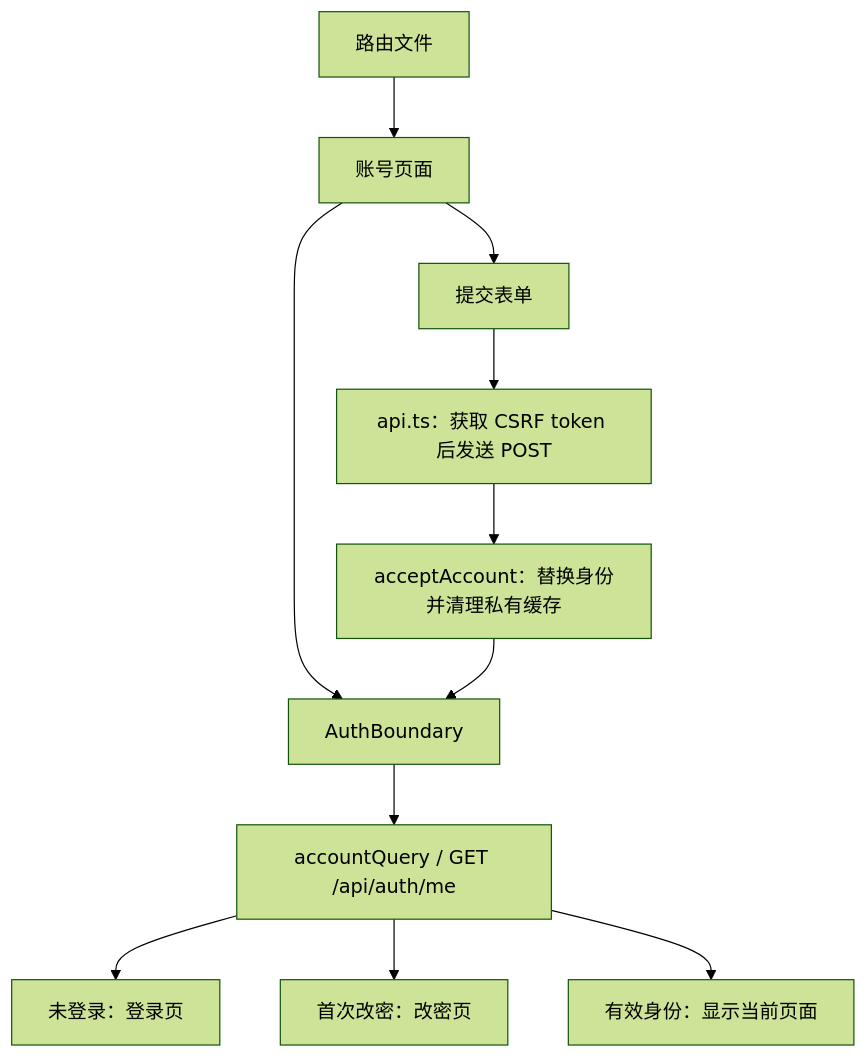
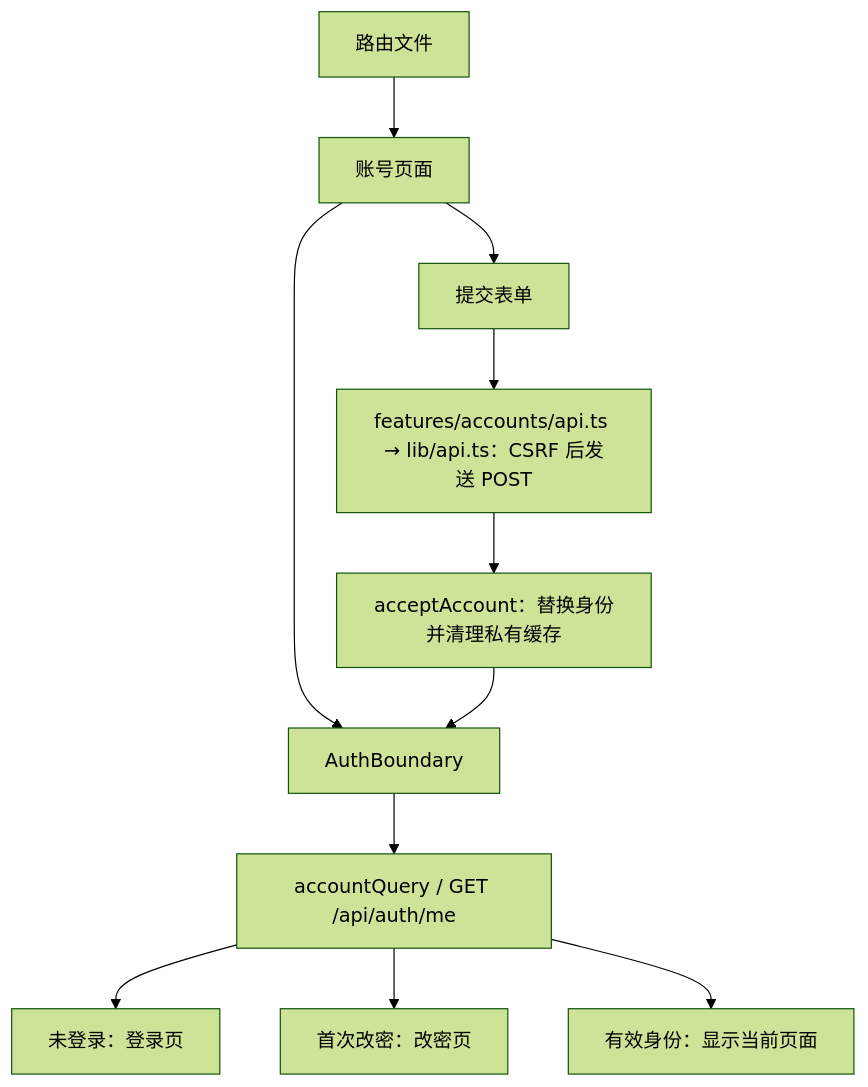
The second of 2 diagrams in docs/store-accounts.md (lorenzoyang/TavoloFlow), drawn with Mermaid (forest theme) before and after one commit. The commit also changed other lines of this file and 23 other files, not shown here.

````diff
--- a/docs/store-accounts.md
+++ b/docs/store-accounts.md
@@ -193,13 +194,13 @@
 ```mermaid
 flowchart TD
     R[路由文件] --> P[账号页面]
     P --> B[AuthBoundary]
     B --> Q[accountQuery / GET /api/auth/me]
     Q --> L[未登录：登录页]
     Q --> C[首次改密：改密页]
     Q --> A[有效身份：显示当前页面]
     P --> F[提交表单]
-    F --> API[api.ts：获取 CSRF token 后发送 POST]
+    F --> API[features/accounts/api.ts → lib/api.ts：CSRF 后发送 POST]
     API --> S[acceptAccount：替换身份并清理私有缓存]
     S --> B
 ```
````
